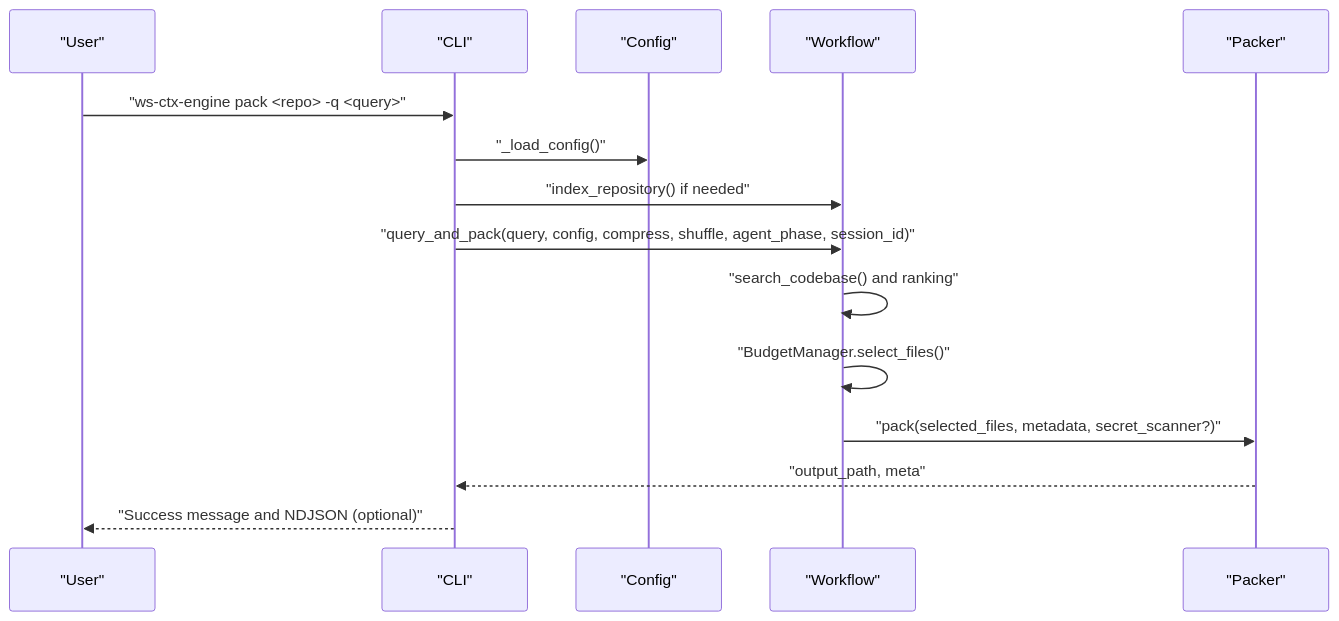
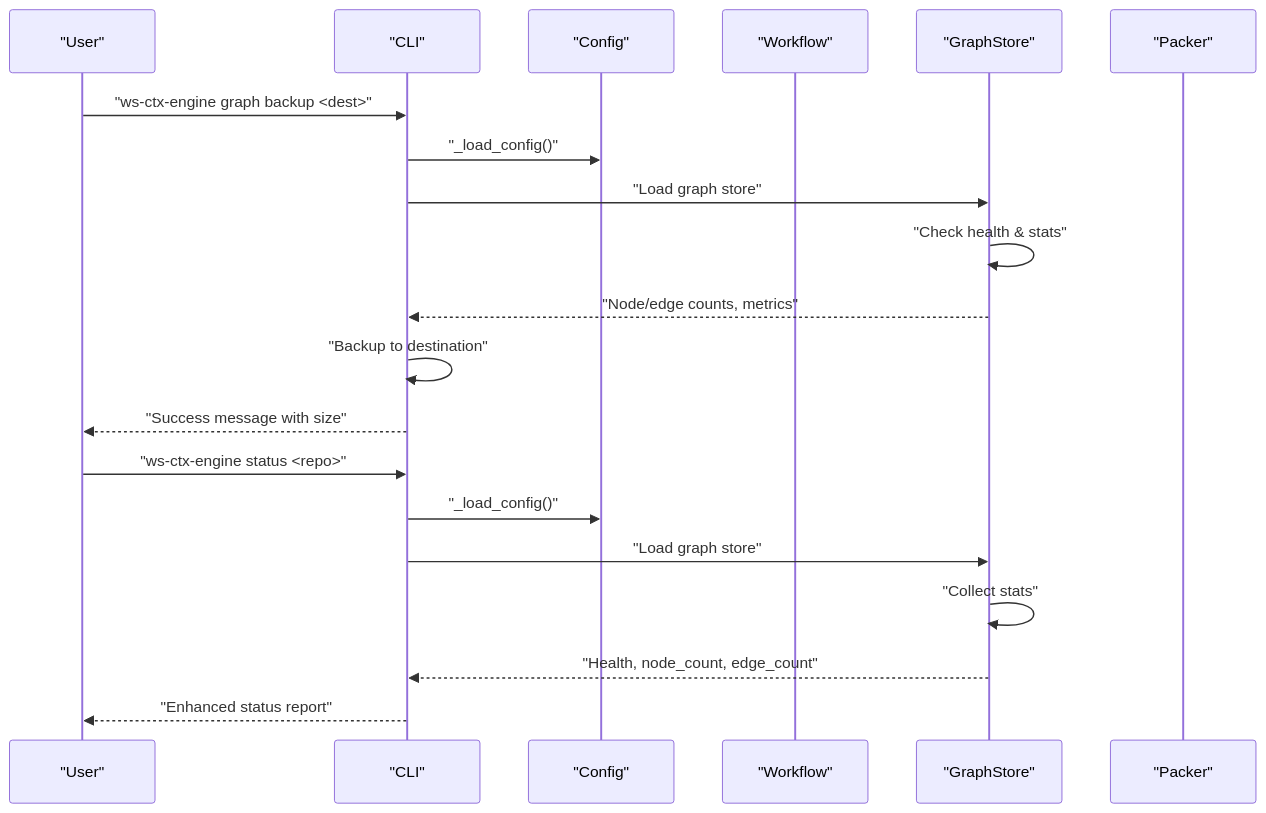
The second of 3 diagrams in .qoder/repowiki/en/content/CLI Reference/CLI Reference.md (maemreyo/zmr-ctx-paker), drawn with Mermaid before and after one commit. The commit also changed other lines of this file and 25 other files, not shown here.

````diff
--- a/.qoder/repowiki/en/content/CLI Reference/CLI Reference.md
+++ b/.qoder/repowiki/en/content/CLI Reference/CLI Reference.md
@@ -92,17 +118,22 @@
 ```mermaid
 sequenceDiagram
 participant U as "User"
 participant CLI as "CLI"
 participant CFG as "Config"
 participant WF as "Workflow"
+participant GS as "GraphStore"
 participant PK as "Packer"
-U->>CLI : "ws-ctx-engine pack <repo> -q <query>"
+U->>CLI : "ws-ctx-engine graph backup <dest>"
 CLI->>CFG : "_load_config()"
-CLI->>WF : "index_repository() if needed"
-CLI->>WF : "query_and_pack(query, config, compress, shuffle, agent_phase, session_id)"
-WF->>WF : "search_codebase() and ranking"
-WF->>WF : "BudgetManager.select_files()"
-WF->>PK : "pack(selected_files, metadata, secret_scanner?)"
-PK-->>CLI : "output_path, meta"
-CLI-->>U : "Success message and NDJSON (optional)"
+CLI->>GS : "Load graph store"
+GS->>GS : "Check health & stats"
+GS-->>CLI : "Node/edge counts, metrics"
+CLI->>CLI : "Backup to destination"
+CLI-->>U : "Success message with size"
+U->>CLI : "ws-ctx-engine status <repo>"
+CLI->>CFG : "_load_config()"
+CLI->>GS : "Load graph store"
+GS->>GS : "Collect stats"
+GS-->>CLI : "Health, node_count, edge_count"
+CLI-->>U : "Enhanced status report"
 ```
````
